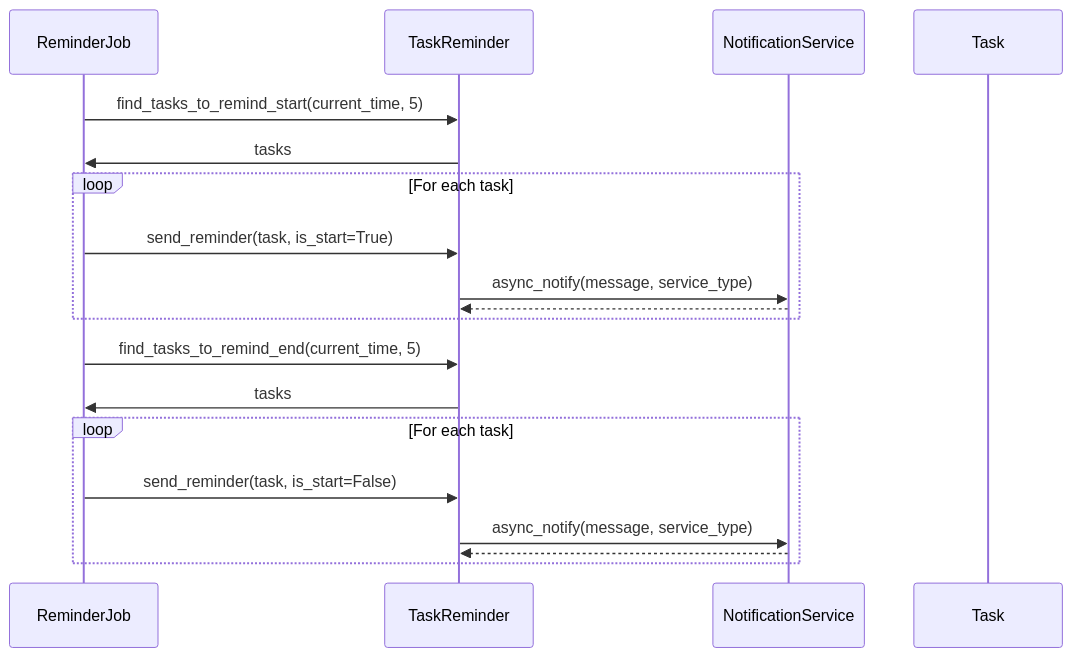
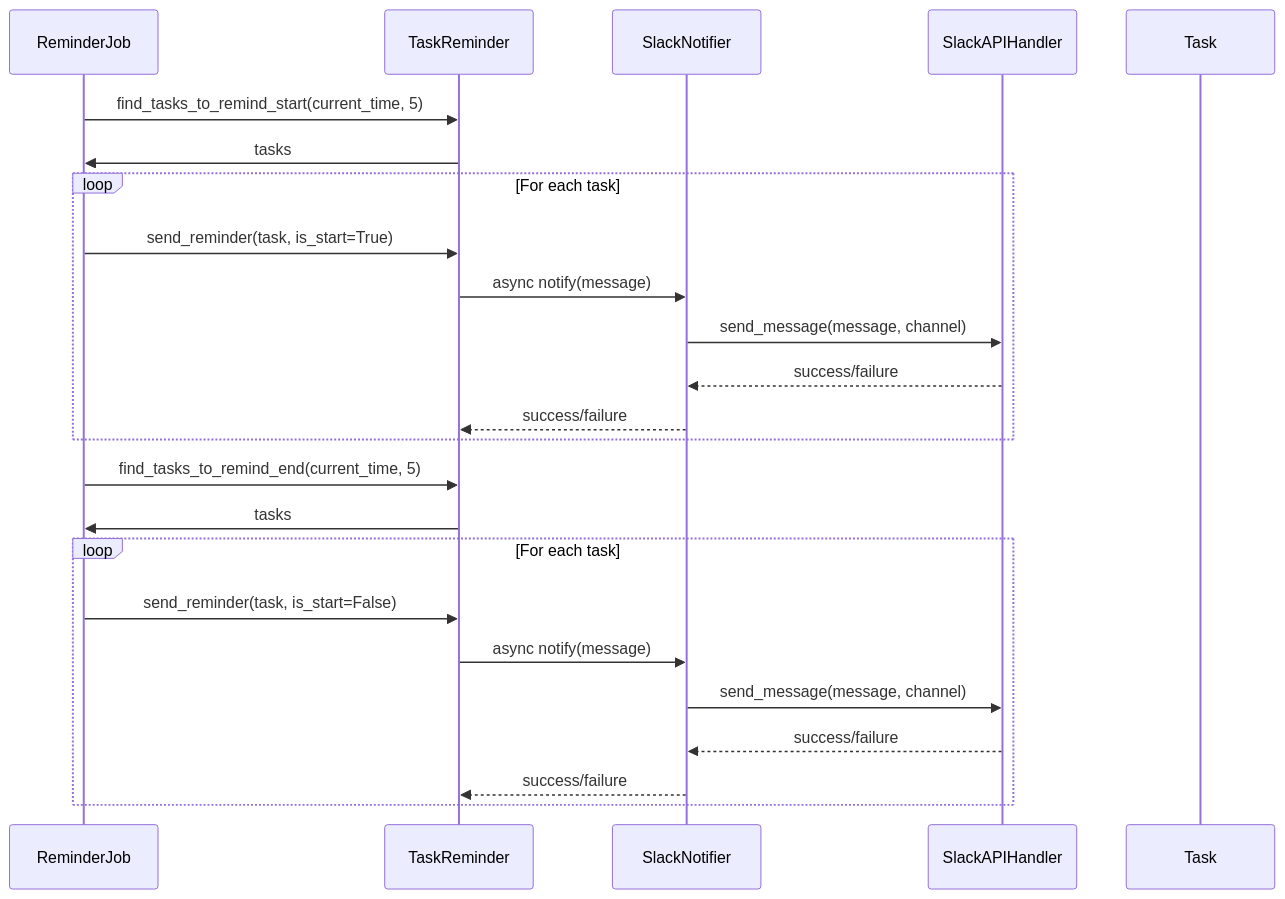
Before and after one commit to shuhei1101/notion-taskr: the first of 2 diagrams in docs/issues/issue-762/762-requirement.md, drawn with Mermaid.

Commit message:
シーケンス図更新

````diff
--- a/docs/issues/issue-762/762-requirement.md
+++ b/docs/issues/issue-762/762-requirement.md
@@ -176,25 +176,30 @@
 ```mermaid
 sequenceDiagram
     participant Job as ReminderJob
     participant Reminder as TaskReminder
-    participant Service as NotificationService
+    participant Slack as SlackNotifier
+    participant API as SlackAPIHandler
     participant Task
     
     Job->>Reminder: find_tasks_to_remind_start(current_time, 5)
     Reminder->>Job: tasks
     
     loop For each task
         Job->>Reminder: send_reminder(task, is_start=True)
-        Reminder->>Service: async_notify(message, service_type)
-        Service-->>Reminder: 
+        Reminder->>Slack: async notify(message)
+        Slack->>API: send_message(message, channel)
+        API-->>Slack: success/failure
+        Slack-->>Reminder: success/failure
     end
     
     Job->>Reminder: find_tasks_to_remind_end(current_time, 5)
     Reminder->>Job: tasks
     
     loop For each task
         Job->>Reminder: send_reminder(task, is_start=False)
-        Reminder->>Service: async_notify(message, service_type)
-        Service-->>Reminder: 
+        Reminder->>Slack: async notify(message)
+        Slack->>API: send_message(message, channel)
+        API-->>Slack: success/failure
+        Slack-->>Reminder: success/failure
     end
 ```
````
